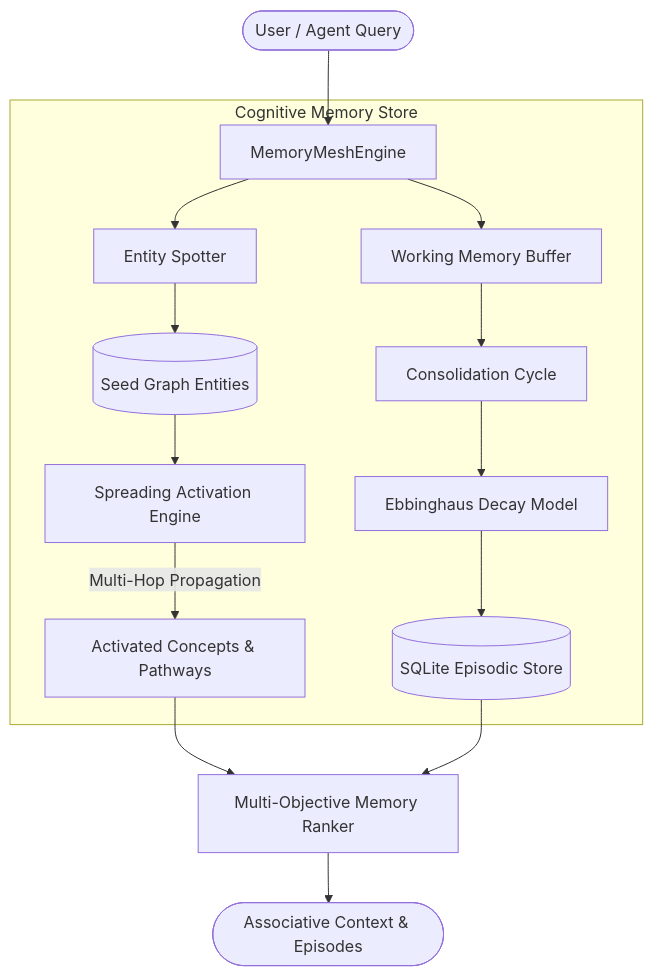
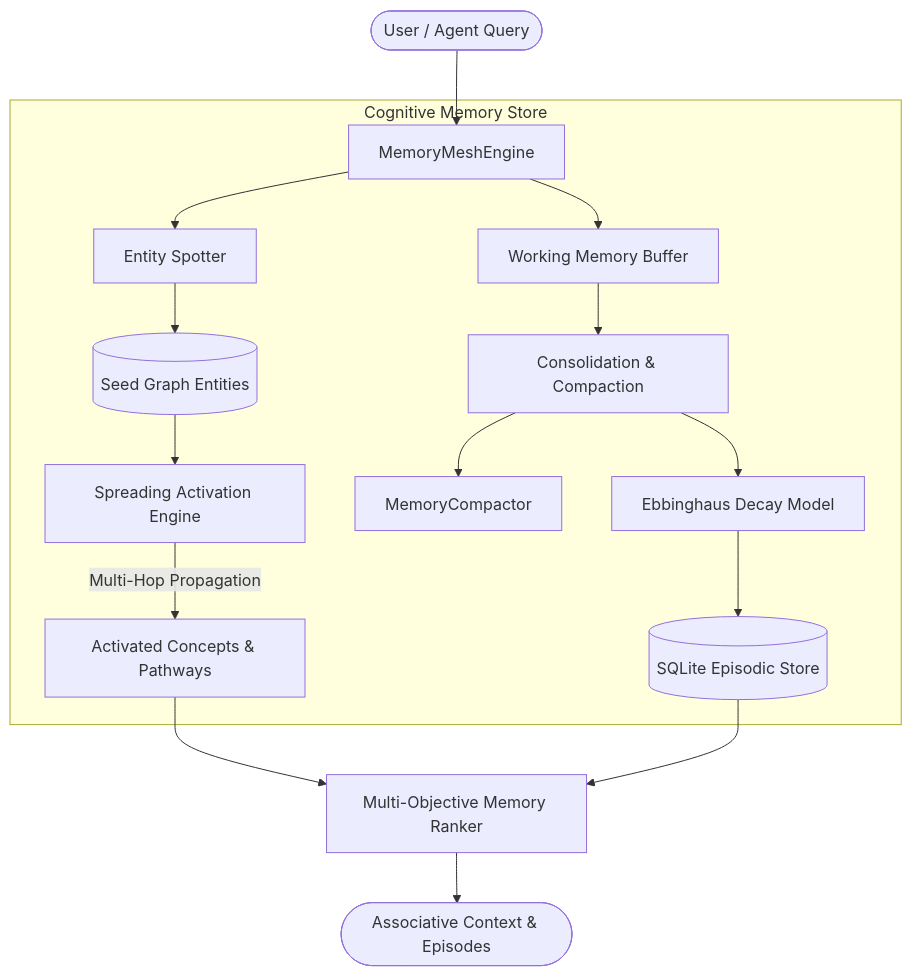
Before and after one commit to nhminhhh/agentic-memory-mesh: the diagram in README.md, drawn with Mermaid. The commit also changed other lines of this file, not shown here.

````diff
--- a/README.md
+++ b/README.md
@@ -16,20 +16,21 @@
 ```mermaid
 flowchart TD
     UserQuery([User / Agent Query]) --> Mesh[MemoryMeshEngine]
     
     subgraph Cognitive Memory Store
         Mesh --> Spotter[Entity Spotter]
         Spotter --> Seeds[(Seed Graph Entities)]
         Seeds --> Spreader[Spreading Activation Engine]
         Spreader -->|Multi-Hop Propagation| Activations[Activated Concepts & Pathways]
         
         Mesh --> Buffer[Working Memory Buffer]
-        Buffer --> Consolidator[Consolidation Cycle]
+        Buffer --> Consolidator[Consolidation & Compaction]
+        Consolidator --> Compactor[MemoryCompactor]
         Consolidator --> Decay[Ebbinghaus Decay Model]
         Decay --> EpisodicStore[(SQLite Episodic Store)]
     end
     
     Activations --> Ranker[Multi-Objective Memory Ranker]
     EpisodicStore --> Ranker
     Ranker --> Result([Associative Context & Episodes])
 ```
````
